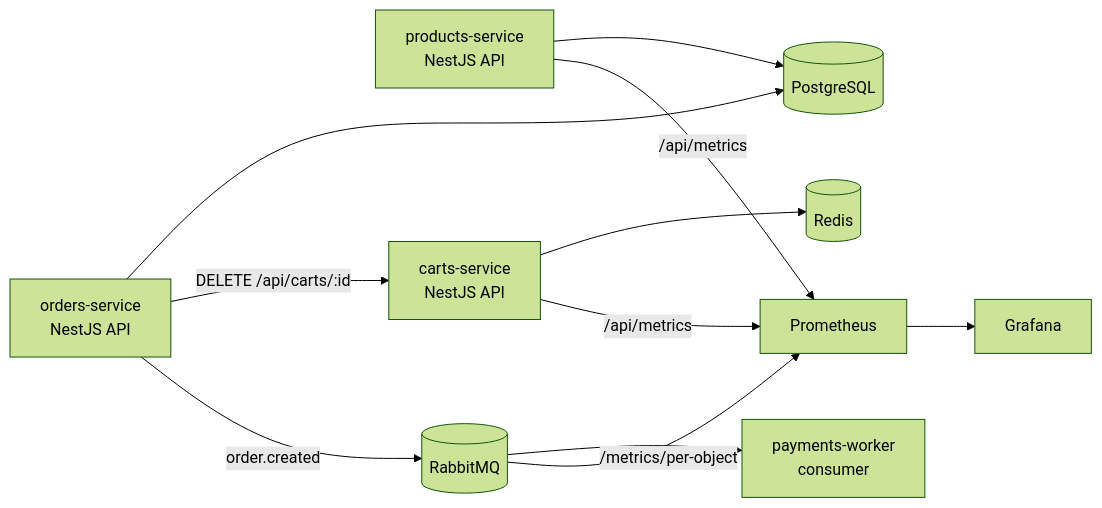
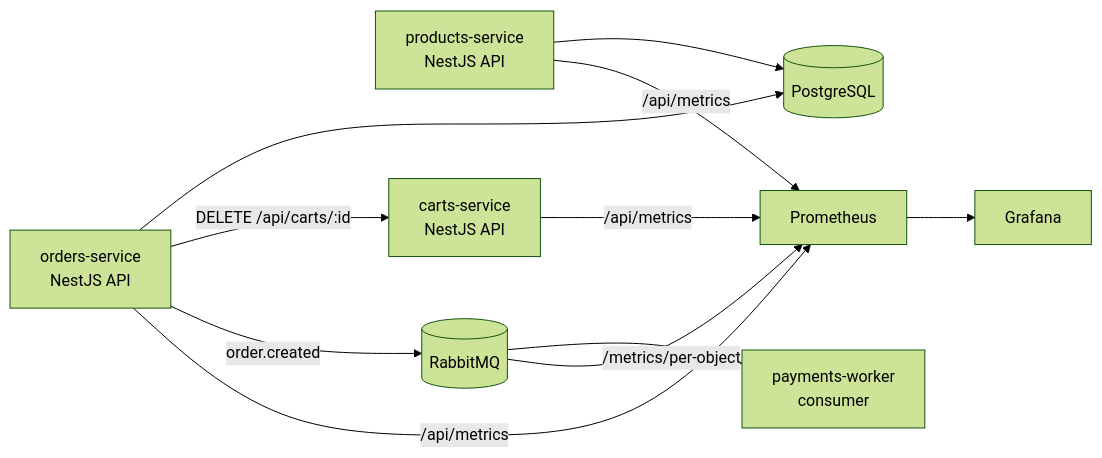
The diagram in ARCHITECTURE.md (maicoqb/estudo-kubernets), drawn with Mermaid (forest theme) before and after one commit. The commit also changed other lines of this file and 2 other files, not shown here.

````diff
--- a/ARCHITECTURE.md
+++ b/ARCHITECTURE.md
@@ -3,13 +3,14 @@
 ```mermaid
 graph LR
   products-service[products-service<br>NestJS API] --> PostgreSQL[(PostgreSQL)]
-  carts-service[carts-service<br>NestJS API] --> Redis[(Redis)]
+  carts-service[carts-service<br>NestJS API]
   orders-service[orders-service<br>NestJS API] --> PostgreSQL
   orders-service -->|DELETE /api/carts/:id| carts-service
   orders-service -->|order.created| RabbitMQ[(RabbitMQ)]
   RabbitMQ --> payments-worker[payments-worker<br>consumer]
   carts-service -- /api/metrics --> Prometheus
   products-service -- /api/metrics --> Prometheus
+  orders-service -- /api/metrics --> Prometheus
   RabbitMQ -- /metrics/per-object --> Prometheus
   Prometheus --> Grafana
 ```
````
